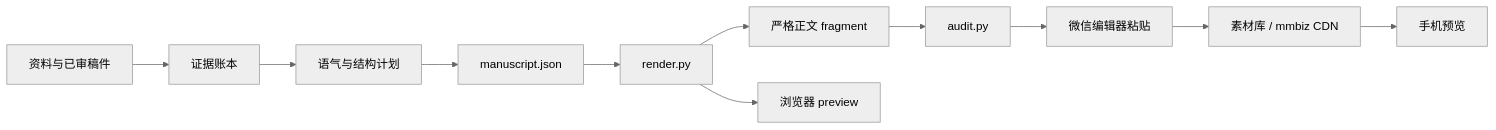
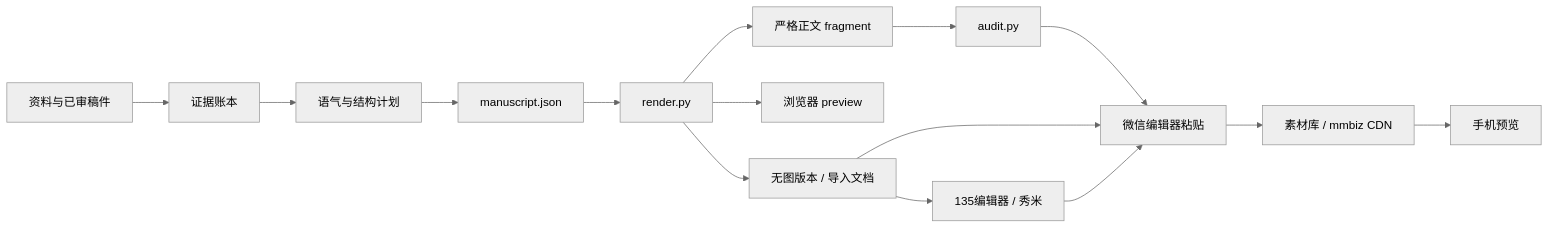
One commit to LostSirius/wechat-article-studio-skill changed the diagram in README.md. Above: the diagram before and after it, drawn with Mermaid (neutral theme). The commit also changed other lines of this file and 17 other files, not shown here.

````diff
--- a/README.md
+++ b/README.md
@@ -43,13 +45,17 @@
 ```mermaid
 flowchart LR
     A[资料与已审稿件] --> B[证据账本]
     B --> C[语气与结构计划]
     C --> D[manuscript.json]
     D --> E[render.py]
     E --> F[严格正文 fragment]
     E --> G[浏览器 preview]
+    E --> N[无图版本 / 导入文档]
     F --> H[audit.py]
     H --> I[微信编辑器粘贴]
+    N --> I
+    N --> M[135编辑器 / 秀米]
+    M --> I
     I --> J[素材库 / mmbiz CDN]
     J --> K[手机预览]
 ```
````
